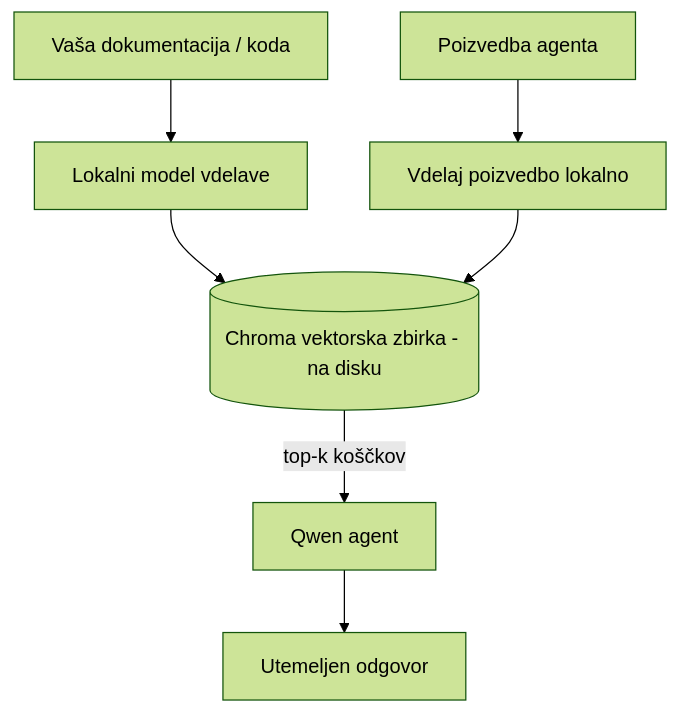
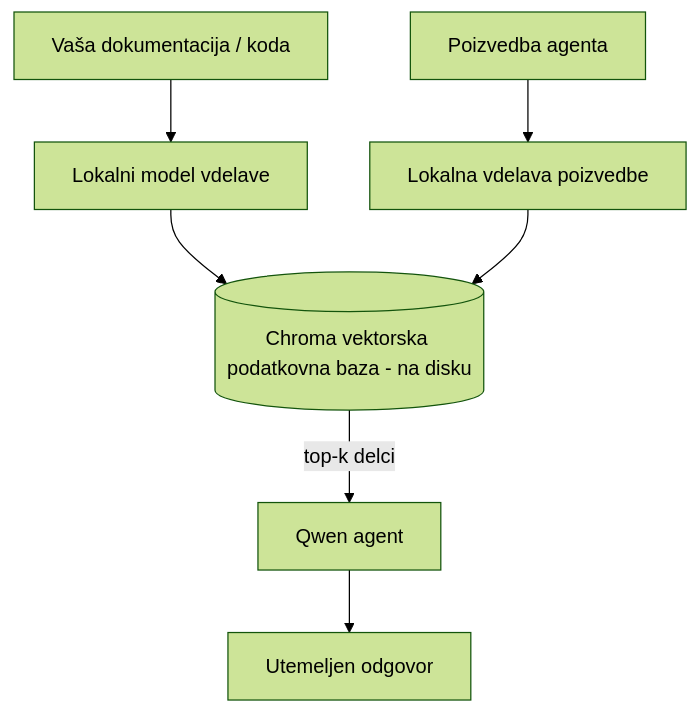
One commit to microsoft/ai-agents-for-beginners changed the third of 4 diagrams in translations/sl/17-creating-local-ai-agents/README.md. Above: the diagram before and after it, drawn with Mermaid (forest theme). The commit also changed other lines of this file and 47 other files, not shown here.

````diff
--- a/translations/sl/17-creating-local-ai-agents/README.md
+++ b/translations/sl/17-creating-local-ai-agents/README.md
@@ -125,9 +125,9 @@
 ```mermaid
 flowchart TB
     D[Vaša dokumentacija / koda] --> E[Lokalni model vdelave]
-    E --> V[(Chroma vektorska zbirka - na disku)]
-    Q[Poizvedba agenta] --> QE[Vdelaj poizvedbo lokalno]
+    E --> V[(Chroma vektorska podatkovna baza - na disku)]
+    Q[Poizvedba agenta] --> QE[Lokalna vdelava poizvedbe]
     QE --> V
-    V -->|top-k koščkov| A[Qwen agent]
+    V -->|top-k delci| A[Qwen agent]
     A --> Ans[Utemeljen odgovor]
 ```
````
